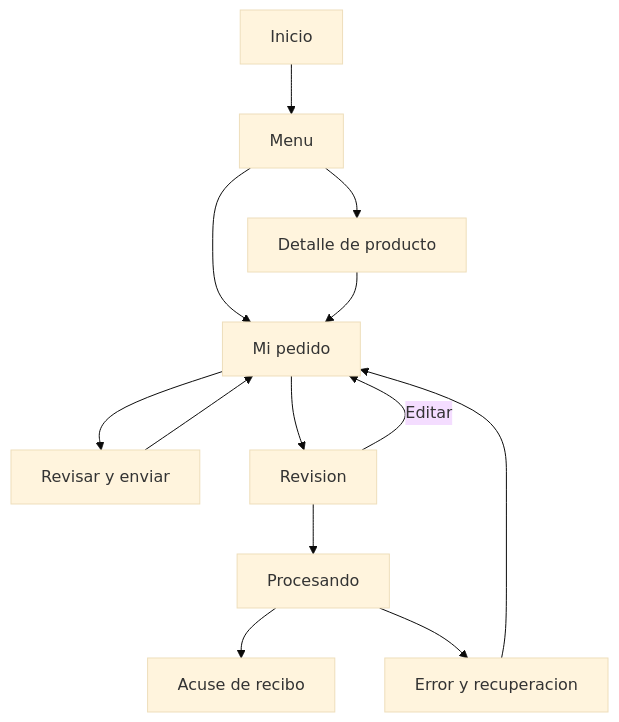
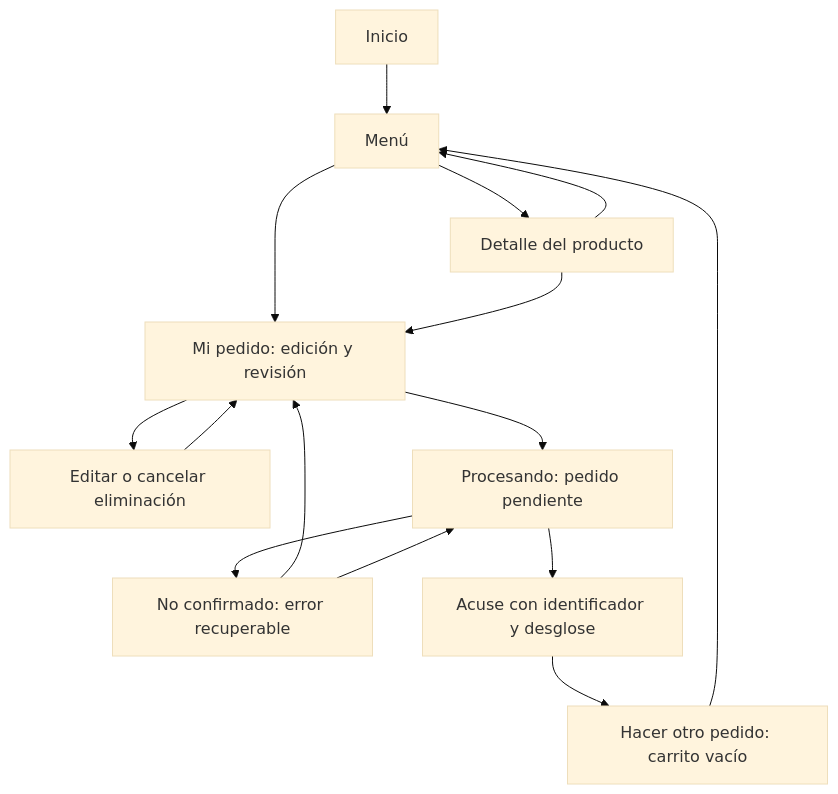
Before and after one commit to EMILIOABRIL05/Prueba_01_IHC_Parcial2: the diagram in diagramas/IHC-A-03-sitemap.mmd, drawn with Mermaid (base theme). The commit also changed 159 other files, not shown here.

```diff
--- a/diagramas/IHC-A-03-sitemap.mmd
+++ b/diagramas/IHC-A-03-sitemap.mmd
@@ -1,13 +1,15 @@
 flowchart TD
- A[Inicio] --> B[Menu]
- B --> C[Detalle de producto]
- B --> D[Mi pedido]
- C --> D
- D --> E[Revisar y enviar]
- E --> D
- D --> F[Revision]
- F -->|Editar| D
- F --> G[Procesando]
- G --> H[Acuse de recibo]
- G --> I[Error y recuperacion]
- I --> D
+ F1["Inicio"] --> M["Menú"]
+ M --> D["Detalle del producto"]
+ D --> M
+ M --> P["Mi pedido: edición y revisión"]
+ D --> P
+ P --> E1["Editar o cancelar eliminación"]
+ E1 --> P
+ P --> V["Procesando: pedido pendiente"]
+ V --> X1["No confirmado: error recuperable"]
+ X1 --> P
+ X1 --> V
+ V --> C["Acuse con identificador y desglose"]
+ C --> N["Hacer otro pedido: carrito vacío"]
+ N --> M
```
